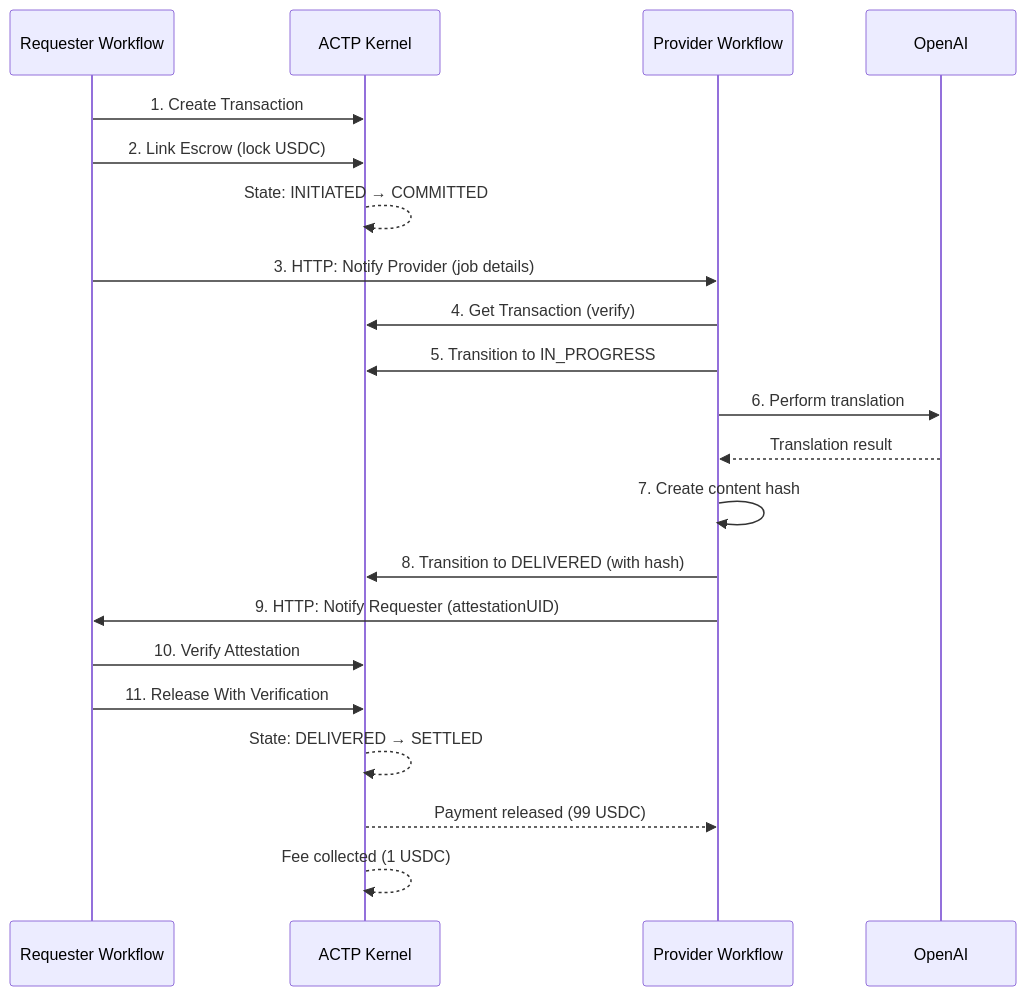
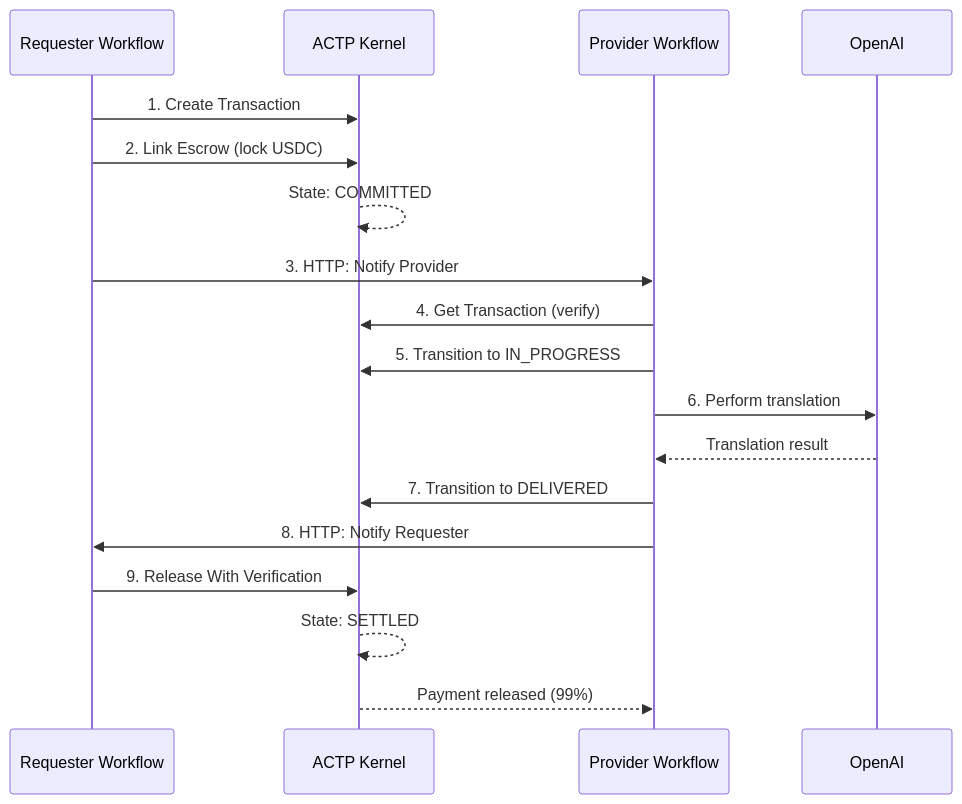
Before and after one commit to agirails/docs: the second of 2 diagrams in docs/guides/integrations/n8n.md, drawn with Mermaid. The commit also changed other lines of this file, not shown here.

````diff
--- a/docs/guides/integrations/n8n.md
+++ b/docs/guides/integrations/n8n.md
@@ -241,26 +277,23 @@
 ```mermaid
 sequenceDiagram
     participant R as Requester Workflow
     participant K as ACTP Kernel
     participant P as Provider Workflow
     participant AI as OpenAI
 
     R->>K: 1. Create Transaction
     R->>K: 2. Link Escrow (lock USDC)
-    K-->>K: State: INITIATED → COMMITTED
-    R->>P: 3. HTTP: Notify Provider (job details)
+    K-->>K: State: COMMITTED
+    R->>P: 3. HTTP: Notify Provider
 
     P->>K: 4. Get Transaction (verify)
     P->>K: 5. Transition to IN_PROGRESS
     P->>AI: 6. Perform translation
     AI-->>P: Translation result
-    P->>P: 7. Create content hash
-    P->>K: 8. Transition to DELIVERED (with hash)
-    P->>R: 9. HTTP: Notify Requester (attestationUID)
+    P->>K: 7. Transition to DELIVERED
+    P->>R: 8. HTTP: Notify Requester
 
-    R->>K: 10. Verify Attestation
-    R->>K: 11. Release With Verification
-    K-->>K: State: DELIVERED → SETTLED
-    K-->>P: Payment released (99 USDC)
-    K-->>K: Fee collected (1 USDC)
+    R->>K: 9. Release With Verification
+    K-->>K: State: SETTLED
+    K-->>P: Payment released (99%)
 ```
````
